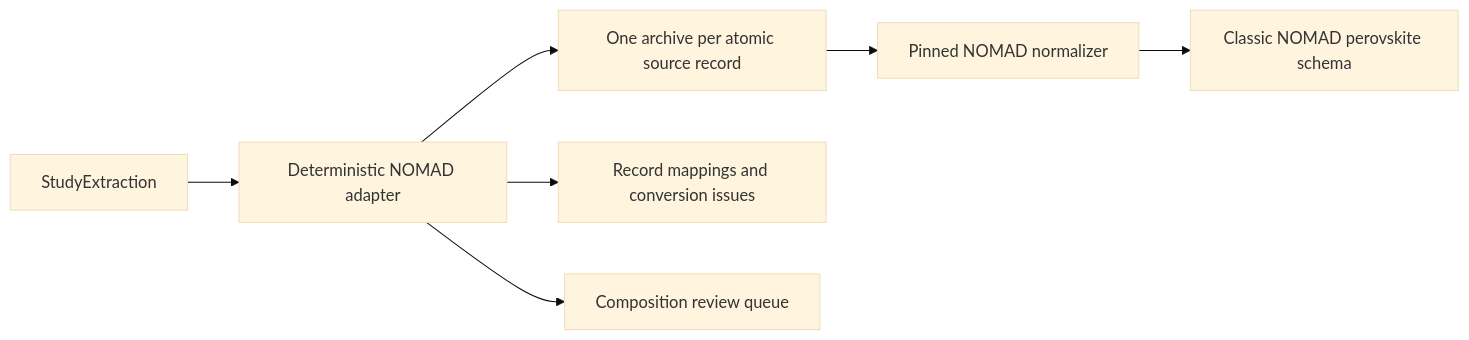
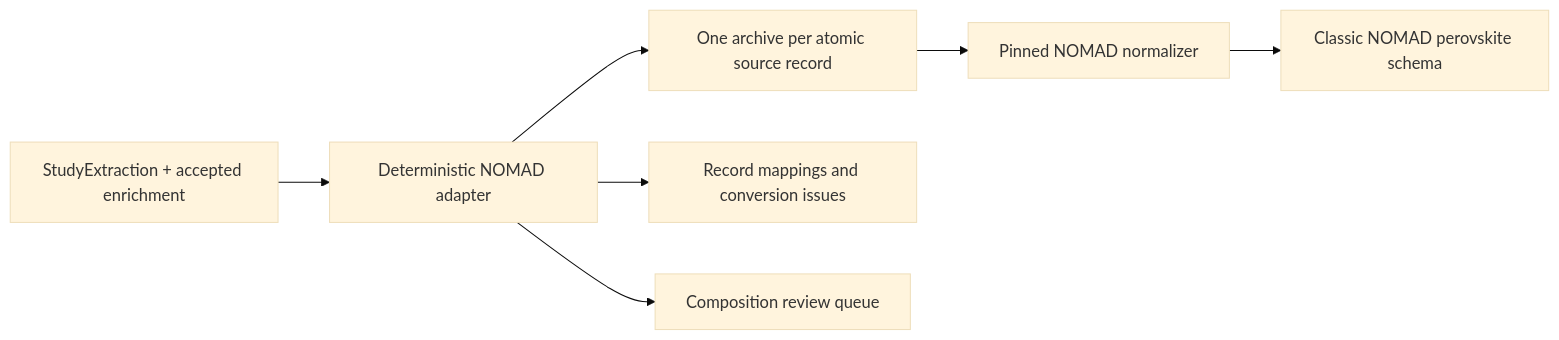
One commit to lamalab-org/perla-extract changed the diagram in docs/workflows/nomad-export.md. Above: the diagram before and after it, drawn with Mermaid (base theme). The commit also changed other lines of this file and 20 other files, not shown here.

Commit message:
feat: add audited extraction enrichment

````diff
--- a/docs/workflows/nomad-export.md
+++ b/docs/workflows/nomad-export.md
@@ -8,9 +8,9 @@
 ```mermaid
 flowchart LR
-    A["StudyExtraction"] --> B["Deterministic NOMAD adapter"]
+    A["StudyExtraction + accepted enrichment"] --> B["Deterministic NOMAD adapter"]
     B --> C["One archive per atomic source record"]
     B --> D["Record mappings and conversion issues"]
     B --> E["Composition review queue"]
     C --> F["Pinned NOMAD normalizer"]
     F --> G["Classic NOMAD perovskite schema"]
 ```
````
